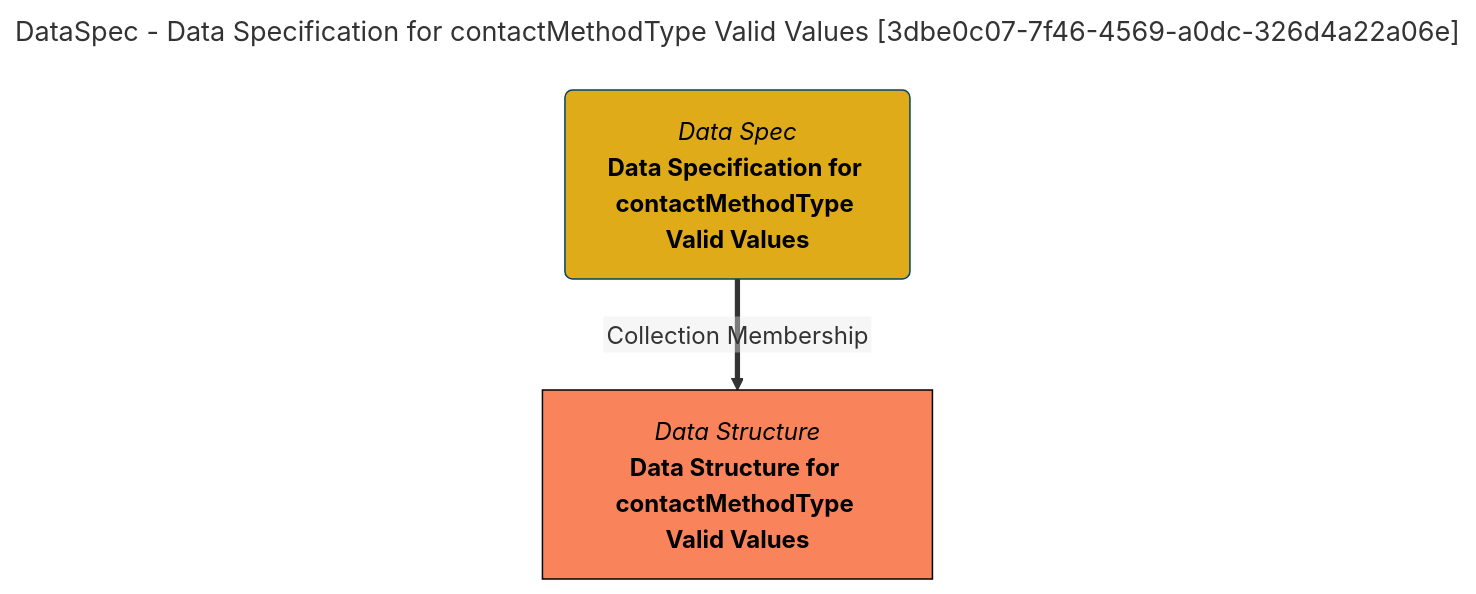
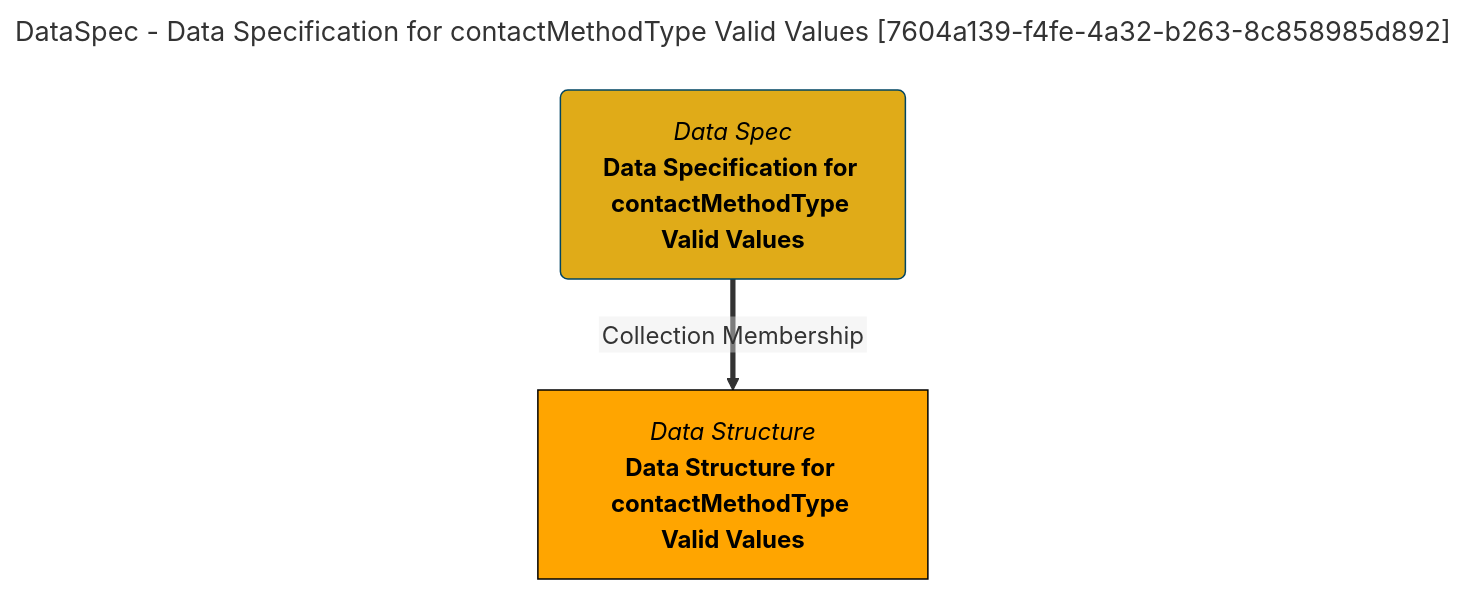
One commit to odpi/egeria-docs changed the diagram in site/snippets/collections/data-specs/data-specification-for-contactmethodtype-valid-values-mermaid-graph.md. Above: the diagram before and after it, drawn with Mermaid. The commit also changed 2201 other files, not shown here.

````diff
--- a/site/snippets/collections/data-specs/data-specification-for-contactmethodtype-valid-values-mermaid-graph.md
+++ b/site/snippets/collections/data-specs/data-specification-for-contactmethodtype-valid-values-mermaid-graph.md
@@ -1,15 +1,15 @@
 ```mermaid
 ---
-title: DataSpec - Data Specification for contactMethodType Valid Values [3dbe0c07-7f46-4569-a0dc-326d4a22a06e]
+title: DataSpec - Data Specification for contactMethodType Valid Values [7604a139-f4fe-4a32-b263-8c858985d892]
 ---
 flowchart TD
 %%{init: {"flowchart": {"htmlLabels": false}} }%%
 
 1@{ shape: rounded, label: "*Data Spec*
 **Data Specification for contactMethodType Valid Values**"}
 2@{ shape: rect, label: "*Data Structure*
 **Data Structure for contactMethodType Valid Values**"}
 1==>|"Collection Membership"|2
 style 1 color:#000000, fill:#e0ab18, stroke:#004563
-style 2 color:#000000, fill:#f9845b, stroke:#000000
+style 2 color:#000000, fill:#FFA500, stroke:#000000
 ```
````
